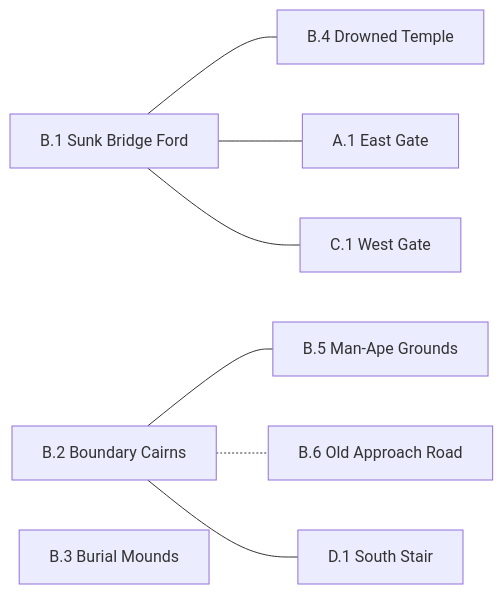
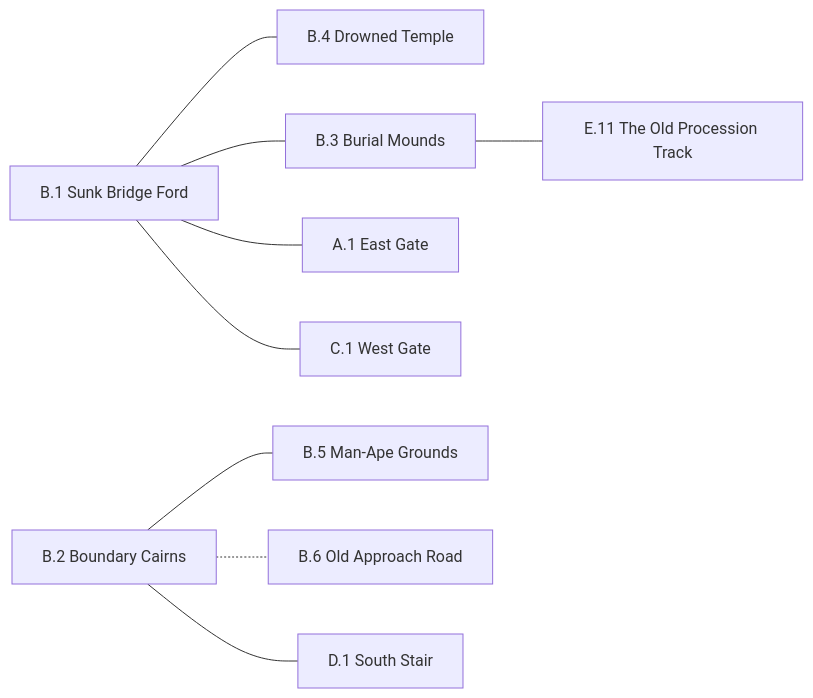
Before and after one commit to rstevenson1237/setting_builder: the diagram in setting/region/B/Connections.mmd, drawn with Mermaid. The commit also changed 46 other files, not shown here.

````diff
--- a/setting/region/B/Connections.mmd
+++ b/setting/region/B/Connections.mmd
@@ -1,10 +1,11 @@
 ```mermaid
 graph LR
     B1["B.1 Sunk Bridge Ford"] --- B4["B.4 Drowned Temple"]
     B2["B.2 Boundary Cairns"] --- B5["B.5 Man-Ape Grounds"]
     B2 -.- B6["B.6 Old Approach Road"]
-    B3["B.3 Burial Mounds"]
+    B1 --- B3["B.3 Burial Mounds"]
     B1 --- A1["A.1 East Gate"]
     B1 --- C1["C.1 West Gate"]
     B2 --- D1["D.1 South Stair"]
+    B3 --- E11["E.11 The Old Procession Track"]
 ```
````
